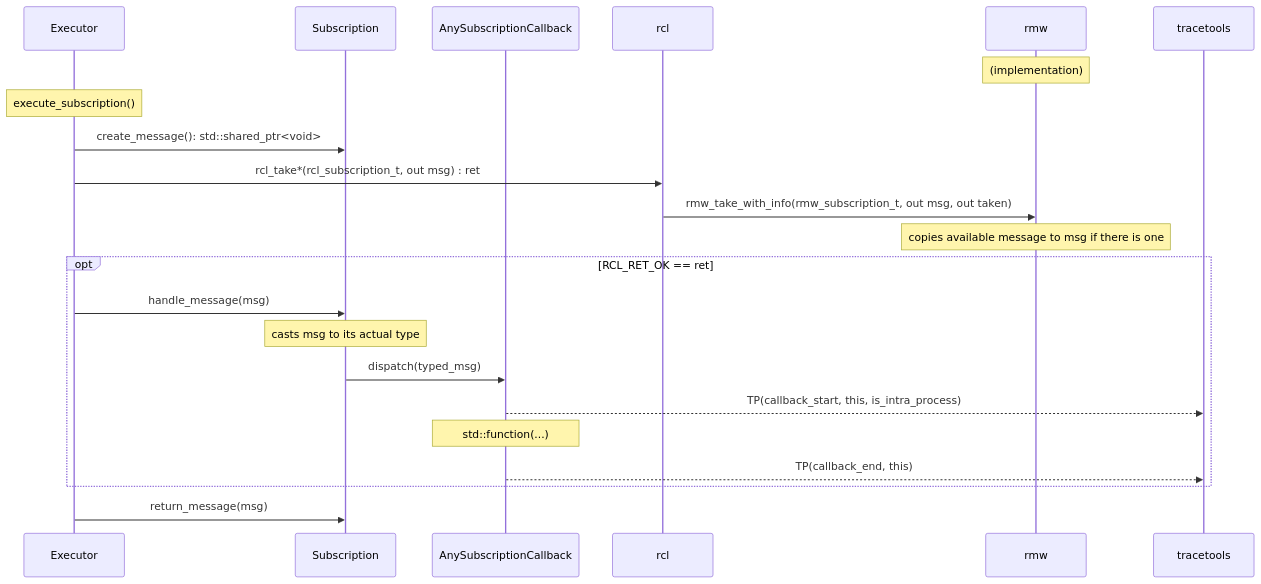
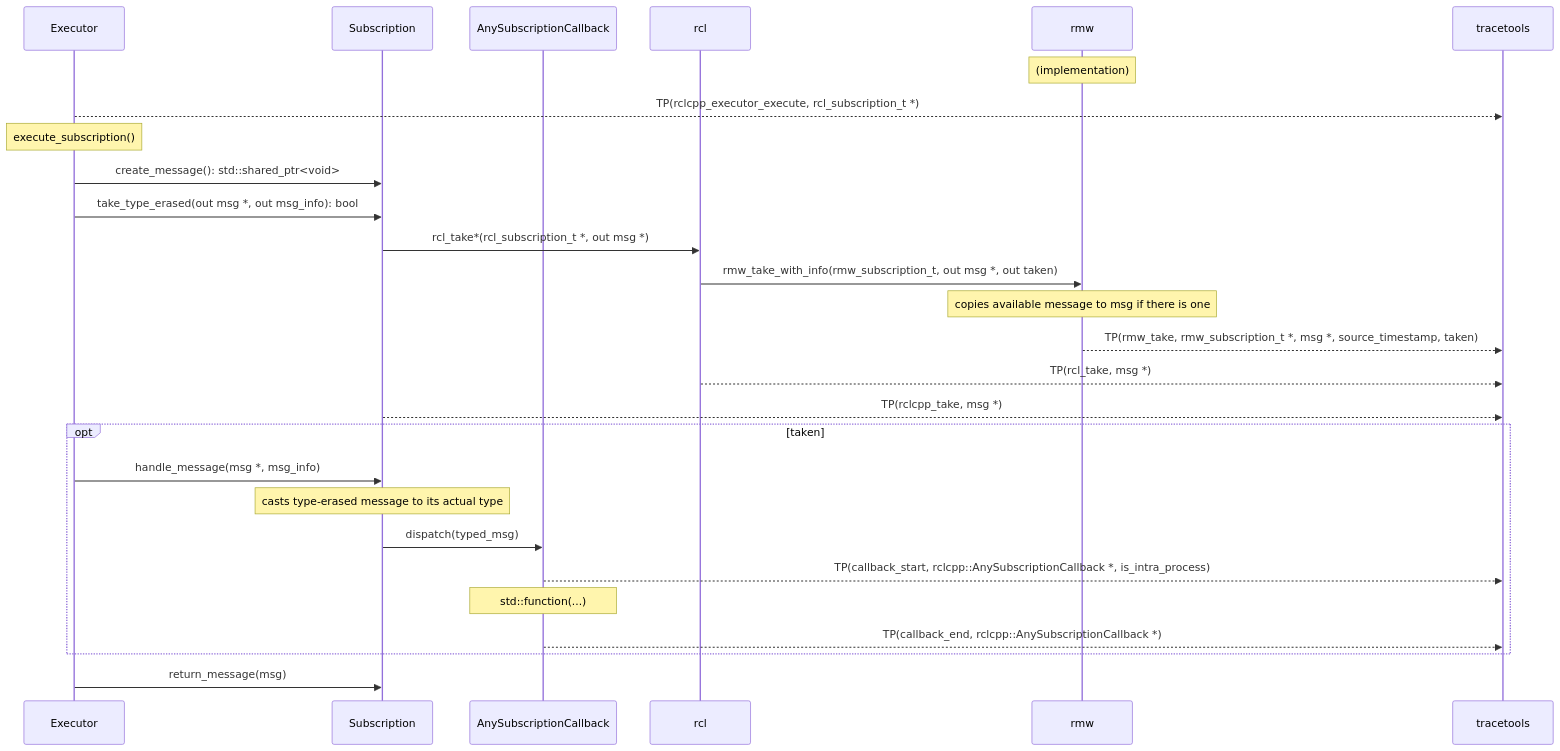
The sixth of 17 diagrams in doc/design_ros_2.md (ros2-split-gbp/ros2_tracing-release), drawn with Mermaid before and after one commit. The commit also changed other lines of this file and 83 other files, not shown here.

````diff
--- a/doc/design_ros_2.md
+++ b/doc/design_ros_2.md
@@ -279,26 +397,31 @@
 ```mermaid
 sequenceDiagram
     participant Executor
     participant Subscription
     participant AnySubscriptionCallback
     participant rcl
     participant rmw
     participant tracetools
 
     Note over rmw: (implementation)
 
+    Executor-->>tracetools: TP(rclcpp_executor_execute, rcl_subscription_t *)
     Note over Executor: execute_subscription()
     Executor->>Subscription: create_message(): std::shared_ptr<void>
-    Executor->>rcl: rcl_take*(rcl_subscription_t, out msg) : ret
-    rcl->>rmw: rmw_take_with_info(rmw_subscription_t, out msg, out taken)
+    Executor->>Subscription: take_type_erased(out msg *, out msg_info): bool
+    Subscription->>rcl: rcl_take*(rcl_subscription_t *, out msg *)
+    rcl->>rmw: rmw_take_with_info(rmw_subscription_t, out msg *, out taken)
     Note over rmw: copies available message to msg if there is one
-    opt RCL_RET_OK == ret
-        Executor->>Subscription: handle_message(msg)
-        Note over Subscription: casts msg to its actual type
+    rmw-->>tracetools: TP(rmw_take, rmw_subscription_t *, msg *, source_timestamp, taken)
+    rcl-->>tracetools: TP(rcl_take, msg *)
+    Subscription-->>tracetools: TP(rclcpp_take, msg *)
+    opt taken
+        Executor->>Subscription: handle_message(msg *, msg_info)
+        Note over Subscription: casts type-erased message to its actual type
         Subscription->>AnySubscriptionCallback: dispatch(typed_msg)
-        AnySubscriptionCallback-->>tracetools: TP(callback_start, this, is_intra_process)
+        AnySubscriptionCallback-->>tracetools: TP(callback_start, rclcpp::AnySubscriptionCallback *, is_intra_process)
         Note over AnySubscriptionCallback: std::function(...)
-        AnySubscriptionCallback-->>tracetools: TP(callback_end, this)
+        AnySubscriptionCallback-->>tracetools: TP(callback_end, rclcpp::AnySubscriptionCallback *)
     end
     Executor->>Subscription: return_message(msg)
 ```
````
